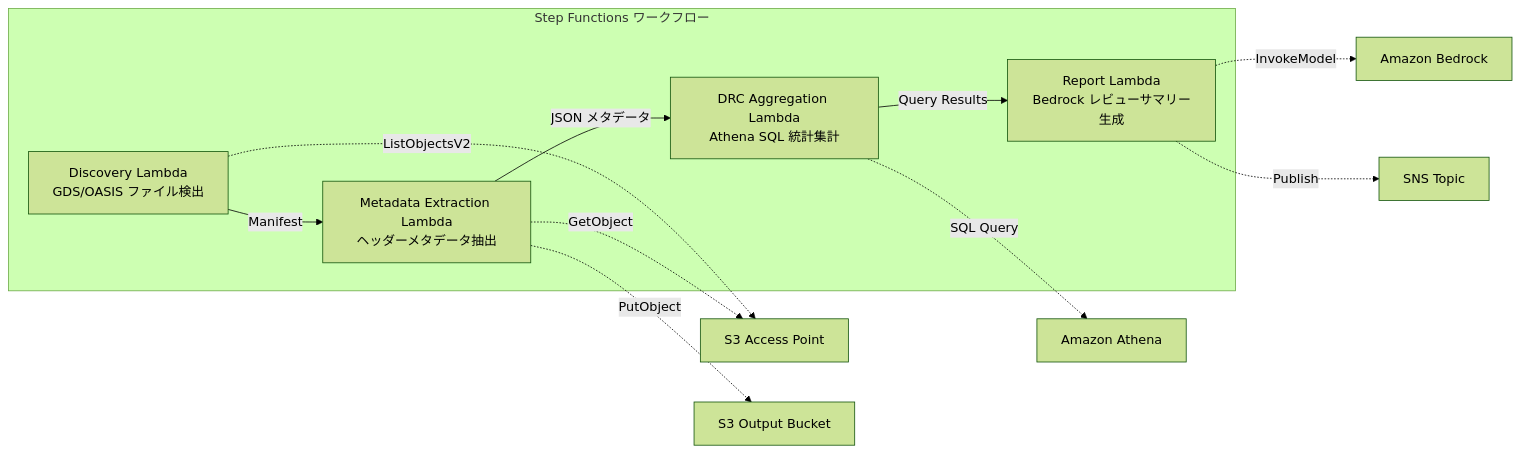
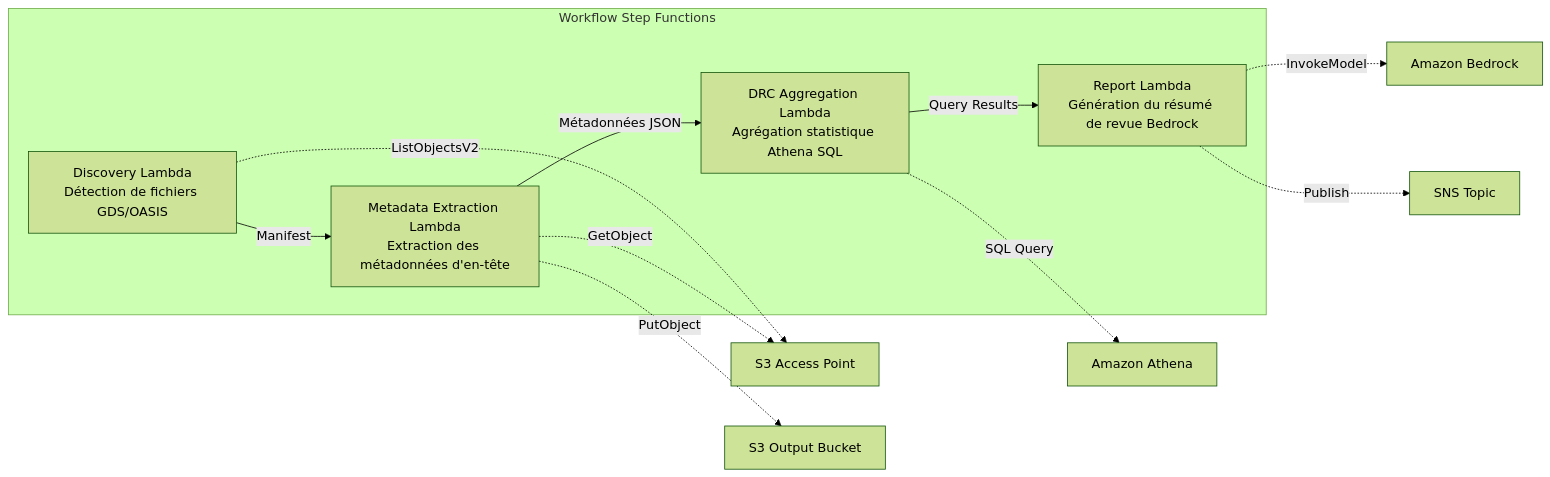
One commit to Yoshiki0705/FSx-for-ONTAP-S3AccessPoints-Serverless-Patterns changed the first of 2 diagrams in solutions/industry/semiconductor-eda/README.fr.md. Above: the diagram before and after it, drawn with Mermaid (forest theme). The commit also changed other lines of this file and 20 other files, not shown here.

````diff
--- a/solutions/industry/semiconductor-eda/README.fr.md
+++ b/solutions/industry/semiconductor-eda/README.fr.md
@@ -57,20 +55,20 @@
 ```mermaid
 graph LR
-    subgraph "Step Functions ワークフロー"
-        D[Discovery Lambda<br/>GDS/OASIS ファイル検出]
-        ME[Metadata Extraction Lambda<br/>ヘッダーメタデータ抽出]
-        DRC[DRC Aggregation Lambda<br/>Athena SQL 統計集計]
-        RPT[Report Lambda<br/>Bedrock レビューサマリー生成]
+    subgraph "Workflow Step Functions"
+        D[Discovery Lambda<br/>Détection de fichiers GDS/OASIS]
+        ME[Metadata Extraction Lambda<br/>Extraction des métadonnées d'en-tête]
+        DRC[DRC Aggregation Lambda<br/>Agrégation statistique Athena SQL]
+        RPT[Report Lambda<br/>Génération du résumé de revue Bedrock]
     end
 
     D -->|Manifest| ME
-    ME -->|JSON メタデータ| DRC
+    ME -->|Métadonnées JSON| DRC
     DRC -->|Query Results| RPT
 
     D -.->|ListObjectsV2| S3AP[S3 Access Point]
     ME -.->|GetObject| S3AP
     ME -.->|PutObject| S3OUT[S3 Output Bucket]
     DRC -.->|SQL Query| Athena[Amazon Athena]
     RPT -.->|InvokeModel| Bedrock[Amazon Bedrock]
     RPT -.->|Publish| SNS[SNS Topic]
 ```
````
